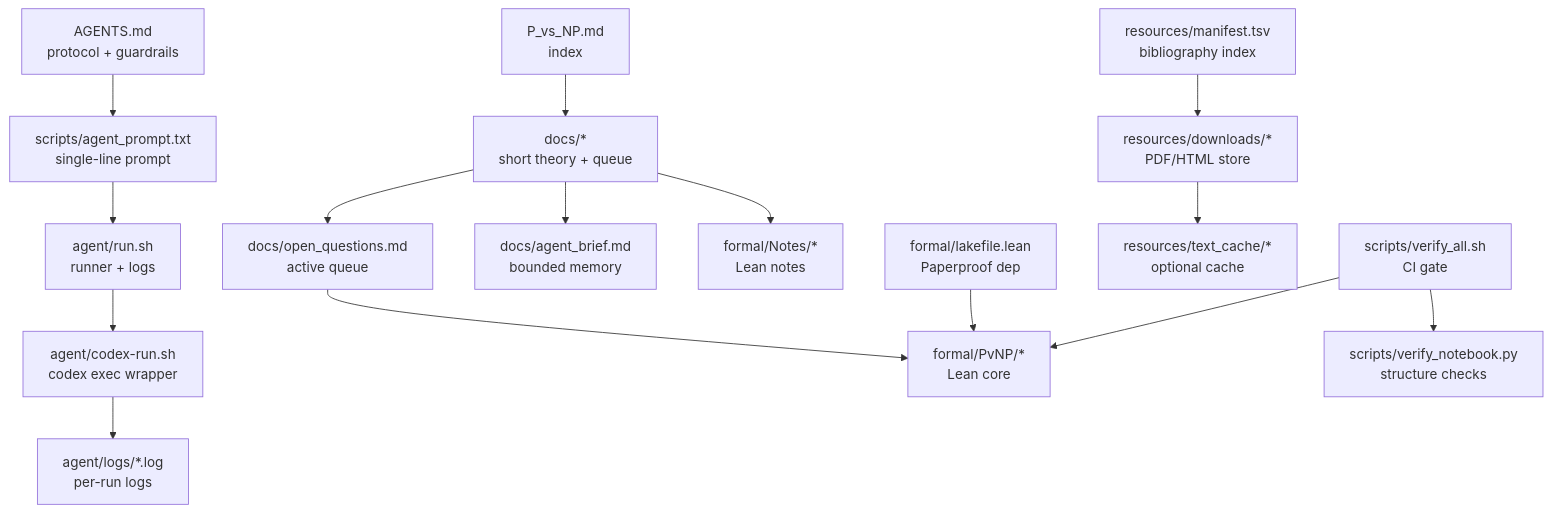
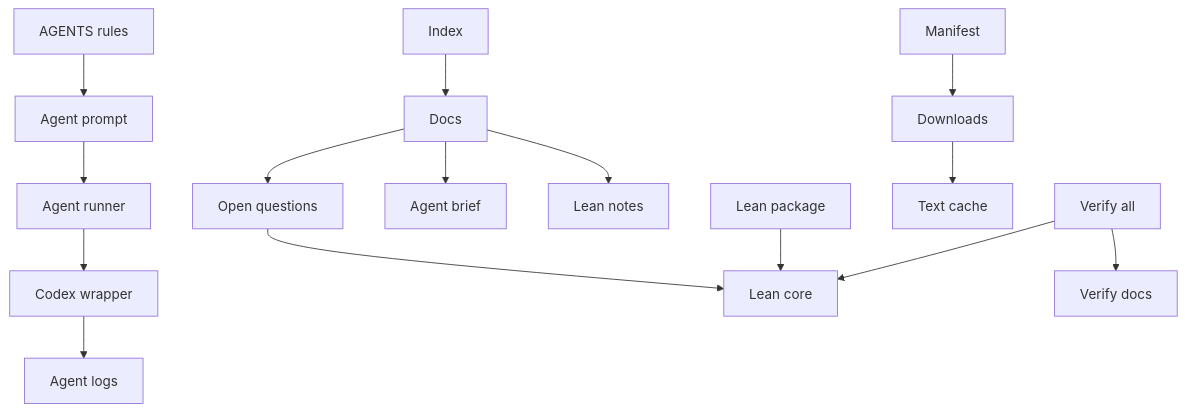
One commit to Xopoko/Experiment-26_P_vs_NP changed the first of 6 diagrams in ARCHITECTURE.md. Above: the diagram before and after it, drawn with Mermaid. The commit also changed other lines of this file and 4 other files, not shown here.

````diff
--- a/ARCHITECTURE.md
+++ b/ARCHITECTURE.md
@@ -16,35 +16,35 @@
 ```mermaid
 graph TD
-  A[AGENTS.md<br/>protocol + guardrails]
-  B[scripts/agent_prompt.txt<br/>single-line prompt]
-  C[agent/run.sh<br/>runner + logs]
-  D[agent/codex-run.sh<br/>codex exec wrapper]
-  E[agent/logs/*.log<br/>per-run logs]
+  A[AGENTS rules]
+  B[Agent prompt]
+  C[Agent runner]
+  D[Codex wrapper]
+  E[Agent logs]
 
-  F[P_vs_NP.md<br/>index]
-  G[docs/*<br/>short theory + queue]
-  H[docs/open_questions.md<br/>active queue]
-  I[docs/agent_brief.md<br/>bounded memory]
+  F[Index]
+  G[Docs]
+  H[Open questions]
+  I[Agent brief]
 
-  J[formal/PvNP/*<br/>Lean core]
-  K[formal/Notes/*<br/>Lean notes]
-  L[formal/lakefile.lean<br/>Paperproof dep]
+  J[Lean core]
+  K[Lean notes]
+  L[Lean package]
 
-  M[resources/manifest.tsv<br/>bibliography index]
-  N[resources/downloads/*<br/>PDF/HTML store]
-  O[resources/text_cache/*<br/>optional cache]
-  P[scripts/verify_all.sh<br/>CI gate]
-  Q[scripts/verify_notebook.py<br/>structure checks]
+  M[Manifest]
+  N[Downloads]
+  O[Text cache]
+  P[Verify all]
+  Q[Verify docs]
 
   A --> B --> C --> D --> E
   F --> G
   G --> H
   G --> I
   H --> J
   G --> K
   L --> J
   M --> N
   N --> O
   P --> Q
   P --> J
 ```
````
